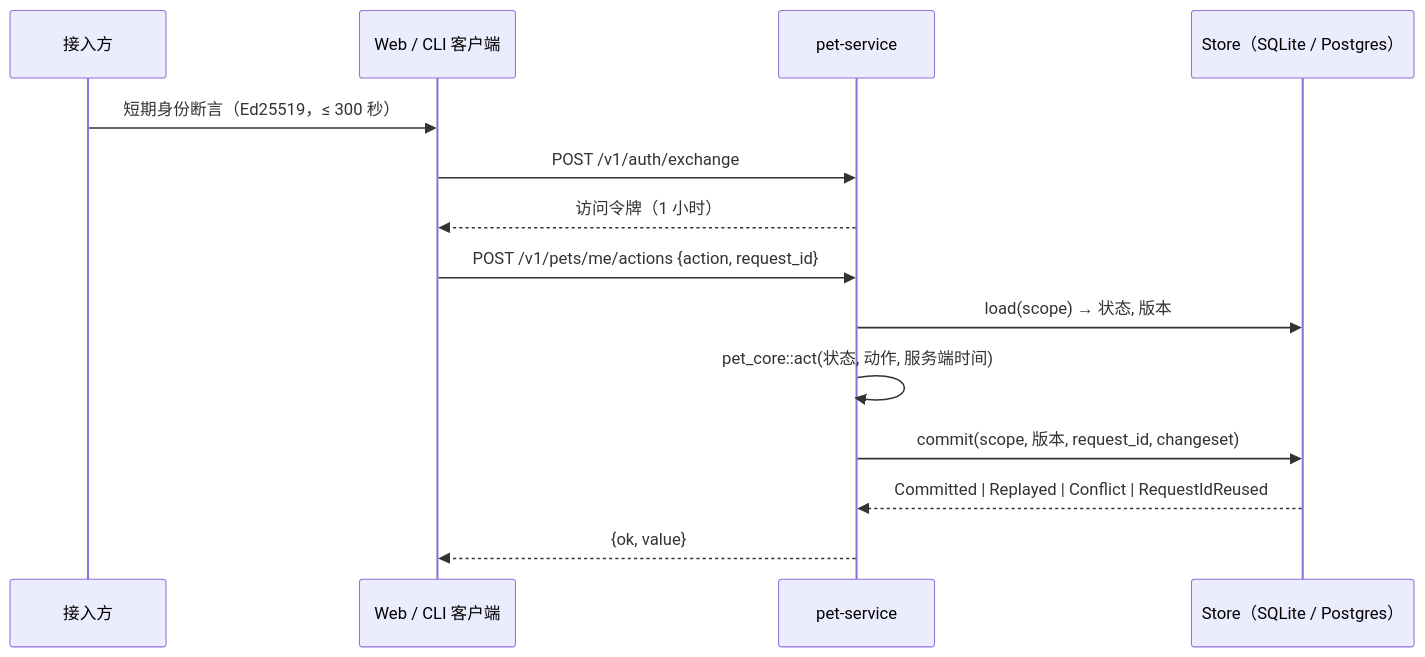
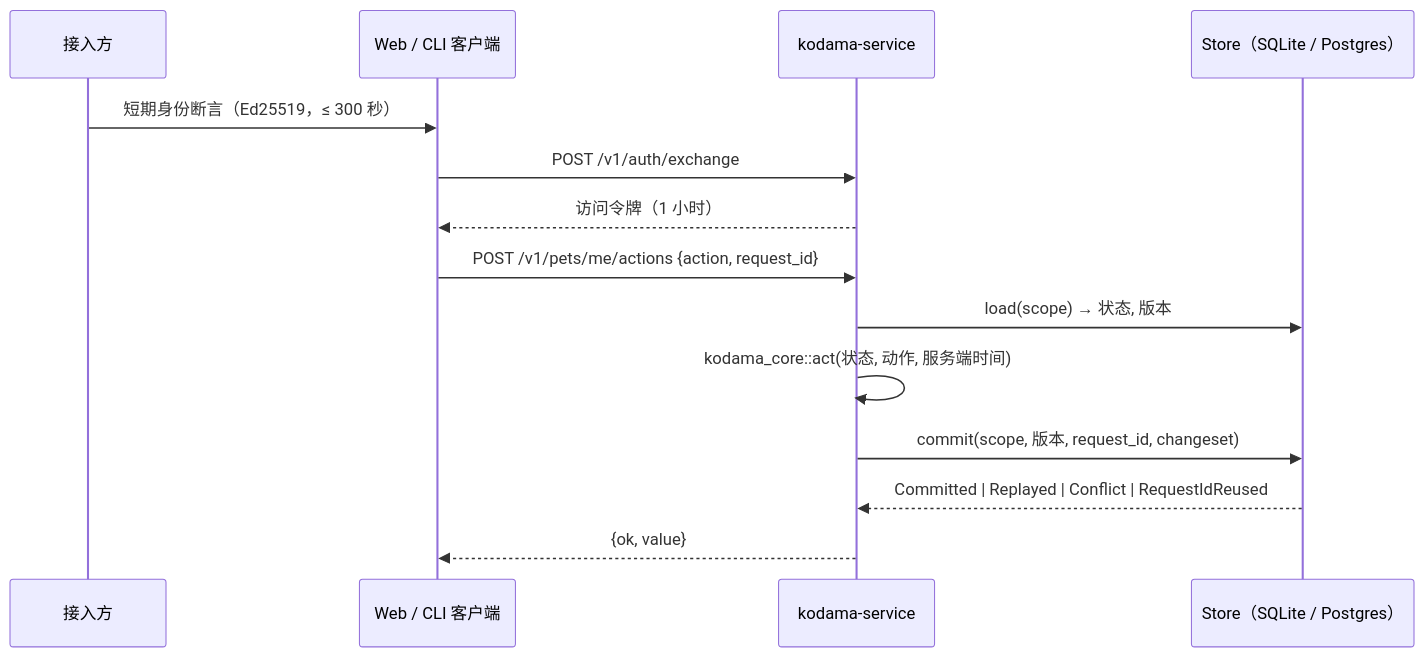
One commit to VOD-Studio/kodama changed the third of 3 diagrams in docs/architecture.zh-CN.md. Above: the diagram before and after it, drawn with Mermaid. The commit also changed other lines of this file and 263 other files, not shown here.

First line of the commit message:
refactor!: 包名统一改为 kodama，不再使用 pet-* 前缀

````diff
--- a/docs/architecture.zh-CN.md
+++ b/docs/architecture.zh-CN.md
@@ -156,16 +156,16 @@
 ```mermaid
 sequenceDiagram
   participant Site as 接入方
   participant Client as Web / CLI 客户端
-  participant Svc as pet-service
+  participant Svc as kodama-service
   participant Store as Store（SQLite / Postgres）
   Site->>Client: 短期身份断言（Ed25519，≤ 300 秒）
   Client->>Svc: POST /v1/auth/exchange
   Svc-->>Client: 访问令牌（1 小时）
   Client->>Svc: POST /v1/pets/me/actions {action, request_id}
   Svc->>Store: load(scope) → 状态, 版本
-  Svc->>Svc: pet_core::act(状态, 动作, 服务端时间)
+  Svc->>Svc: kodama_core::act(状态, 动作, 服务端时间)
   Svc->>Store: commit(scope, 版本, request_id, changeset)
   Store-->>Svc: Committed | Replayed | Conflict | RequestIdReused
   Svc-->>Client: {ok, value}
 ```
````
